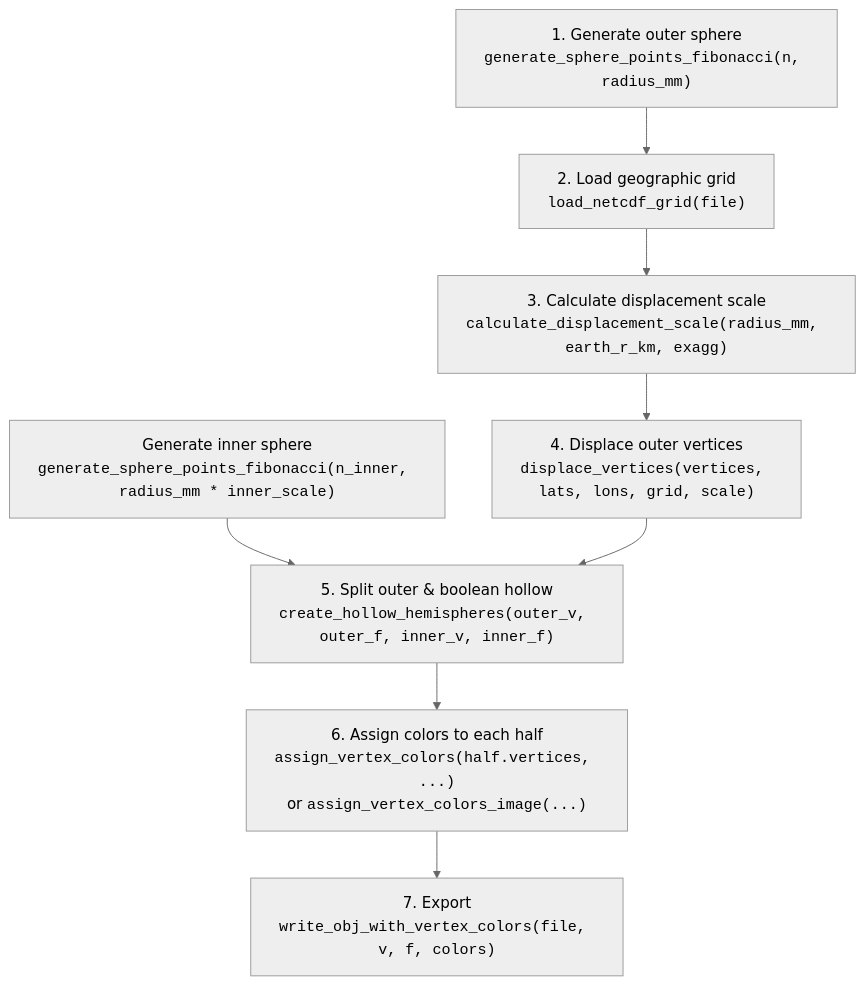
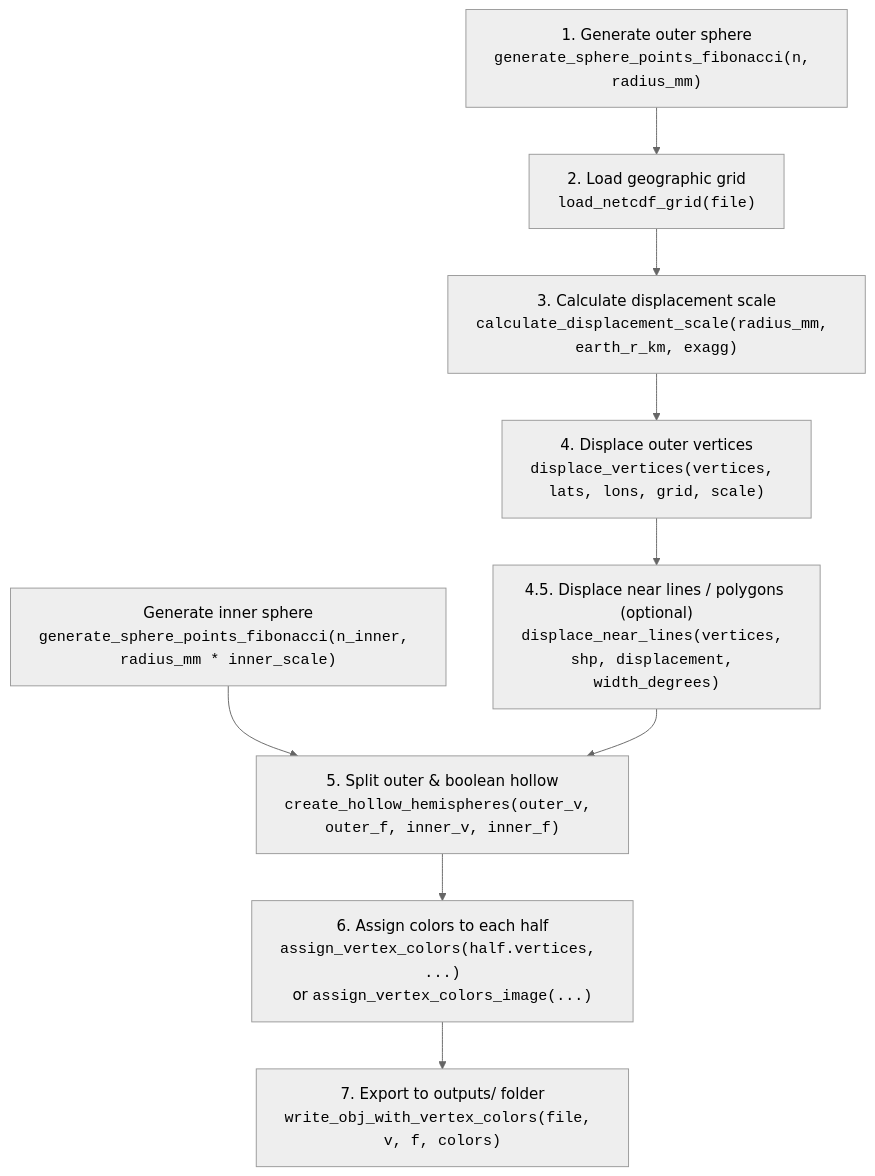
Before and after one commit to jeffwinterbourne/3D_globes: the second of 2 diagrams in DEVELOPER_GUIDE.md, drawn with Mermaid (neutral theme). The commit also changed other lines of this file and 7 other files, not shown here.

````diff
--- a/DEVELOPER_GUIDE.md
+++ b/DEVELOPER_GUIDE.md
@@ -292,17 +292,19 @@
 ```mermaid
 flowchart TD
     A["1. Generate outer sphere<br/><code>generate_sphere_points_fibonacci(n, radius_mm)</code>"] --> B
-    A2["Generate inner sphere<br/><code>generate_sphere_points_fibonacci(n_inner, radius_mm * inner_scale)</code>"] --> E
+    A2["Generate inner sphere<br/><code>generate_sphere_points_fibonacci(n_inner, radius_mm * inner_scale)</code>"] --> F
 
     B["2. Load geographic grid<br/><code>load_netcdf_grid(file)</code>"] --> C
 
     C["3. Calculate displacement scale<br/><code>calculate_displacement_scale(radius_mm, earth_r_km, exagg)</code>"] --> D
 
     D["4. Displace outer vertices<br/><code>displace_vertices(vertices, lats, lons, grid, scale)</code>"] --> E
 
-    E["5. Split outer & boolean hollow<br/><code>create_hollow_hemispheres(outer_v, outer_f, inner_v, inner_f)</code>"] --> G
+    E["4.5. Displace near lines / polygons (optional)<br/><code>displace_near_lines(vertices, shp, displacement, width_degrees)</code>"] --> F
+
+    F["5. Split outer & boolean hollow<br/><code>create_hollow_hemispheres(outer_v, outer_f, inner_v, inner_f)</code>"] --> G
 
     G["6. Assign colors to each half<br/><code>assign_vertex_colors(half.vertices, ...)</code><br/>or <code>assign_vertex_colors_image(...)</code>"] --> H
 
-    H["7. Export<br/><code>write_obj_with_vertex_colors(file, v, f, colors)</code>"]
+    H["7. Export to outputs/ folder<br/><code>write_obj_with_vertex_colors(file, v, f, colors)</code>"]
 ```
````
